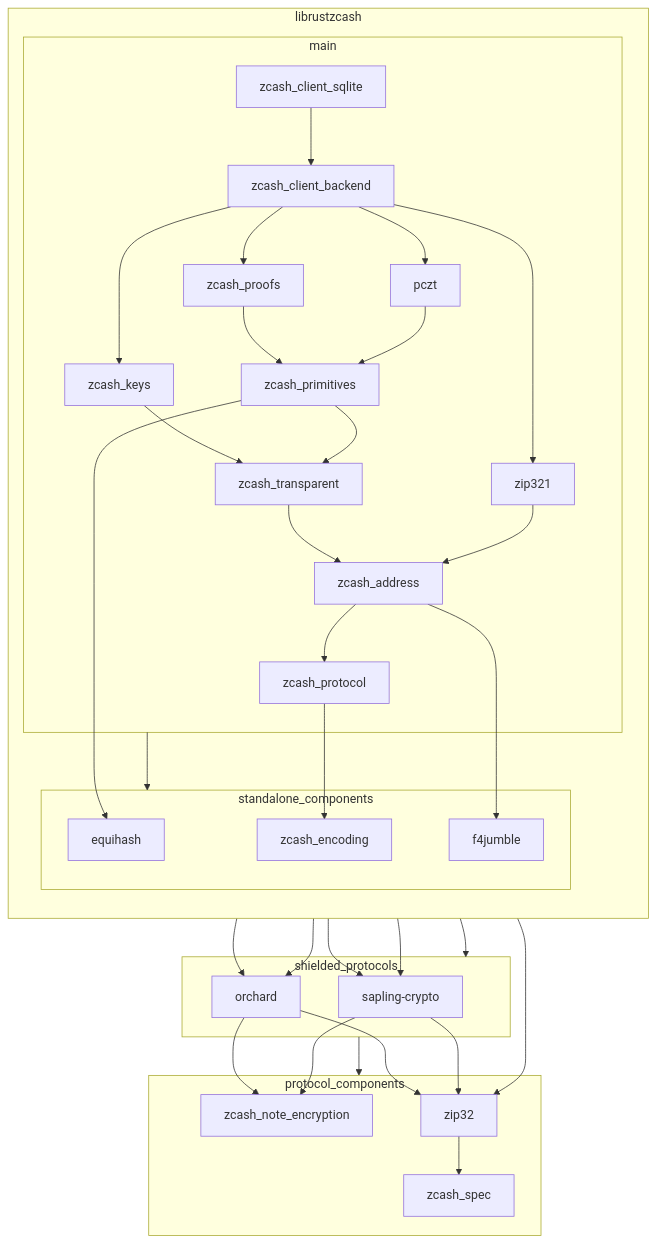
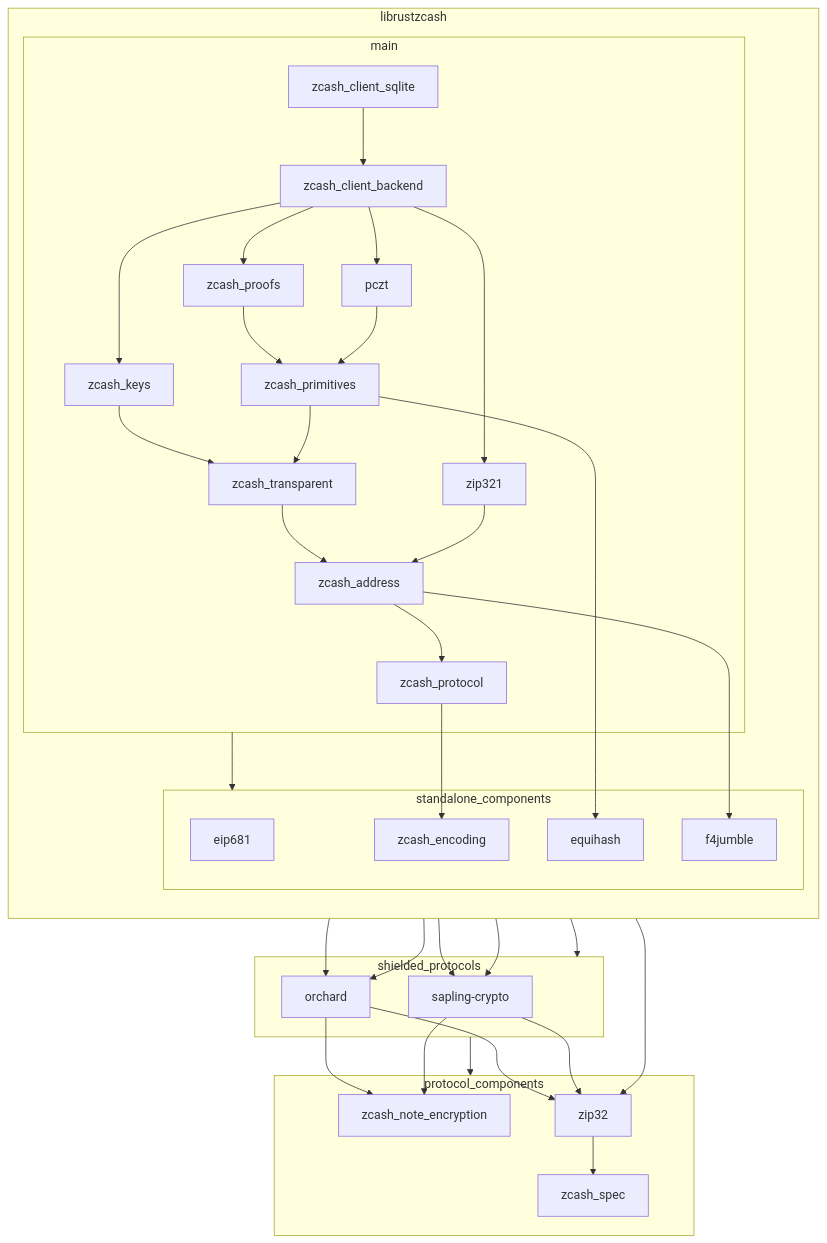
One commit to zcash/librustzcash changed the diagram in README.md. Above: the diagram before and after it, drawn with Mermaid. The commit also changed 1 other file, not shown here.

Commit message:
Reconcile AGENTS.md and the README dependency diagram
Cross-reading the two (zcash/librustzcash#2316) surfaced three fixable
inconsistencies; the fourth item in that issue (zcash_extensions) has
since resolved itself — the crate is gone from both the diagram and the
workspace.

- Add eip681 to the Mermaid diagram as a bare node under
  standalone_components: its Cargo.toml has no in-repo dependencies and
  no workspace crate depends on it, so no edges are warranted.
  check-dep-graph.py passes.
- Qualify the 'lowest layer' claim: zcash_protocol is the lowest layer
  with Zcash-domain semantics, but zcash_encoding, equihash, and
  f4jumble sit strictly below it in the graph.
- Reword the diagram preamble: the barrier for text-based readers is
  Mermaid layout comprehension, not rendering.

```diff
--- a/README.md
+++ b/README.md
@@ -35,6 +35,7 @@
         end
 
         subgraph standalone_components
+            eip681
             equihash
             f4jumble
             zcash_encoding
```
